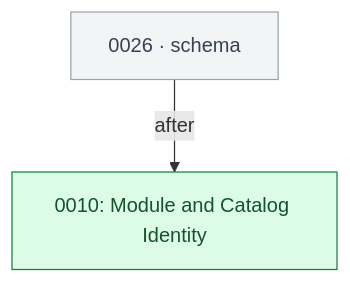
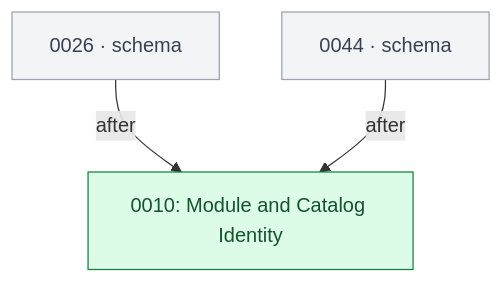
The fourth of 6 diagrams in tools/enh/internal/index/testdata/tree.want/GRAPH.md (open-platform-model/enhancements), drawn with Mermaid before and after one commit. The commit also changed other lines of this file and 8 other files, not shown here.

First line of the commit message:
feat: list the old-layout live entries in INDEX and GRAPH until M4

````diff
--- a/tools/enh/internal/index/testdata/tree.want/GRAPH.md
+++ b/tools/enh/internal/index/testdata/tree.want/GRAPH.md
@@ -94,16 +99,18 @@
 ```mermaid
 graph TD
   classDef draft       fill:#fef3c7,stroke:#b45309,color:#000
   classDef accepted    fill:#dbeafe,stroke:#1d4ed8,color:#000
   classDef rejected    fill:#fee2e2,stroke:#b91c1c,color:#7f1d1d,stroke-dasharray:4 2
   classDef withdrawn   fill:#fef2f2,stroke:#b91c1c,color:#7f1d1d,stroke-dasharray:1 3
   classDef superseded  fill:#e5e7eb,stroke:#6b7280,color:#6b7280
   classDef delivered   fill:#dcfce7,stroke:#15803d,color:#14532d
   classDef stub        fill:#f3f4f6,stroke:#9ca3af,color:#374151
   classDef category    fill:#ede9fe,stroke:#6d28d9,color:#000
 
   N0010["0010: Module and Catalog Identity"]:::delivered
   N0026["0026 · schema"]:::stub
+  N0044["0044 · schema"]:::stub
 
   N0026 -->|after| N0010
+  N0044 -->|after| N0010
 ```
````
